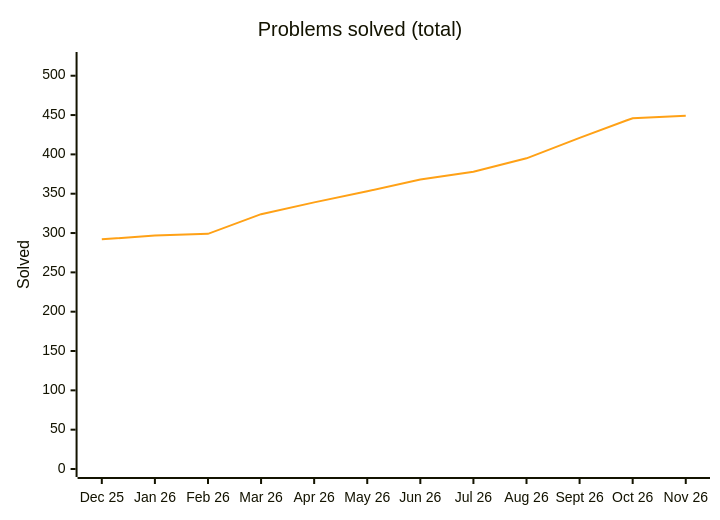
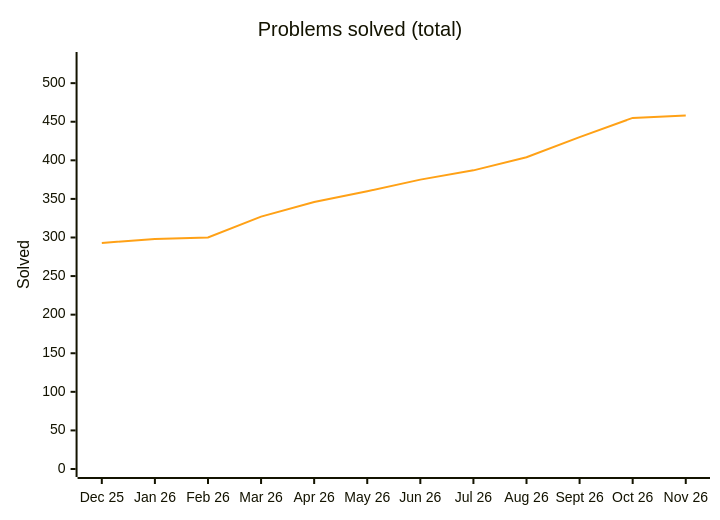
One commit to Ved-u/Java-DSA changed the diagram in README.md. Above: the diagram before and after it, drawn with Mermaid. The commit also changed other lines of this file and 12 other files, not shown here.

````diff
--- a/README.md
+++ b/README.md
@@ -53,8 +53,8 @@
 ```mermaid
 %%{init: {"themeVariables": {"xyChart": {"plotColorPalette": "#ffa116"}}}}%%
 xychart-beta
     title "Problems solved (total)"
     x-axis ["Dec 25", "Jan 26", "Feb 26", "Mar 26", "Apr 26", "May 26", "Jun 26", "Jul 26", "Aug 26", "Sept 26", "Oct 26", "Nov 26"]
-    y-axis "Solved" 0 --> 520
-    line [292, 297, 299, 324, 339, 353, 368, 378, 395, 421, 446, 449]
+    y-axis "Solved" 0 --> 530
+    line [293, 298, 300, 327, 346, 360, 375, 387, 404, 430, 455, 458]
 ```
````
